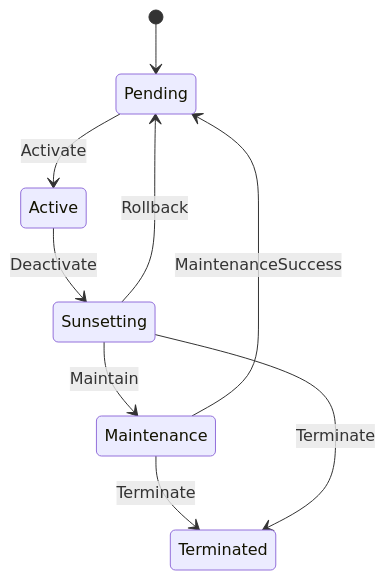
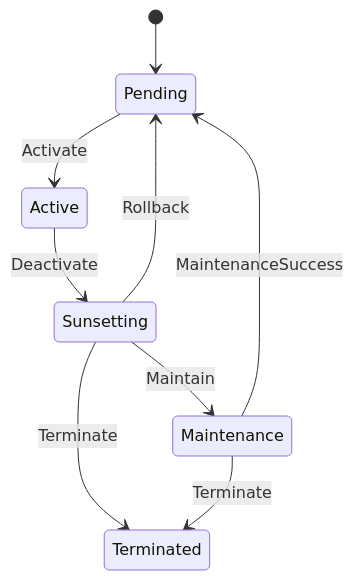
The diagram in examples/docs/server_state_machine.mermaid (kookyleo/yasm), drawn with Mermaid before and after one commit. The commit also changed other lines of this file and 5 other files, not shown here.

```diff
--- a/examples/docs/server_state_machine.mermaid
+++ b/examples/docs/server_state_machine.mermaid
@@ -1,9 +1,9 @@
 stateDiagram-v2
     [*] --> Pending
+    Sunsetting --> Terminated : Terminate
+    Sunsetting --> Pending : Rollback
+    Active --> Sunsetting : Deactivate
     Maintenance --> Terminated : Terminate
-    Active --> Sunsetting : Deactivate
+    Sunsetting --> Maintenance : Maintain
+    Pending --> Active : Activate
     Maintenance --> Pending : MaintenanceSuccess
-    Sunsetting --> Maintenance : Maintain
-    Sunsetting --> Terminated : Terminate
-    Pending --> Active : Activate
-    Sunsetting --> Pending : Rollback
```
